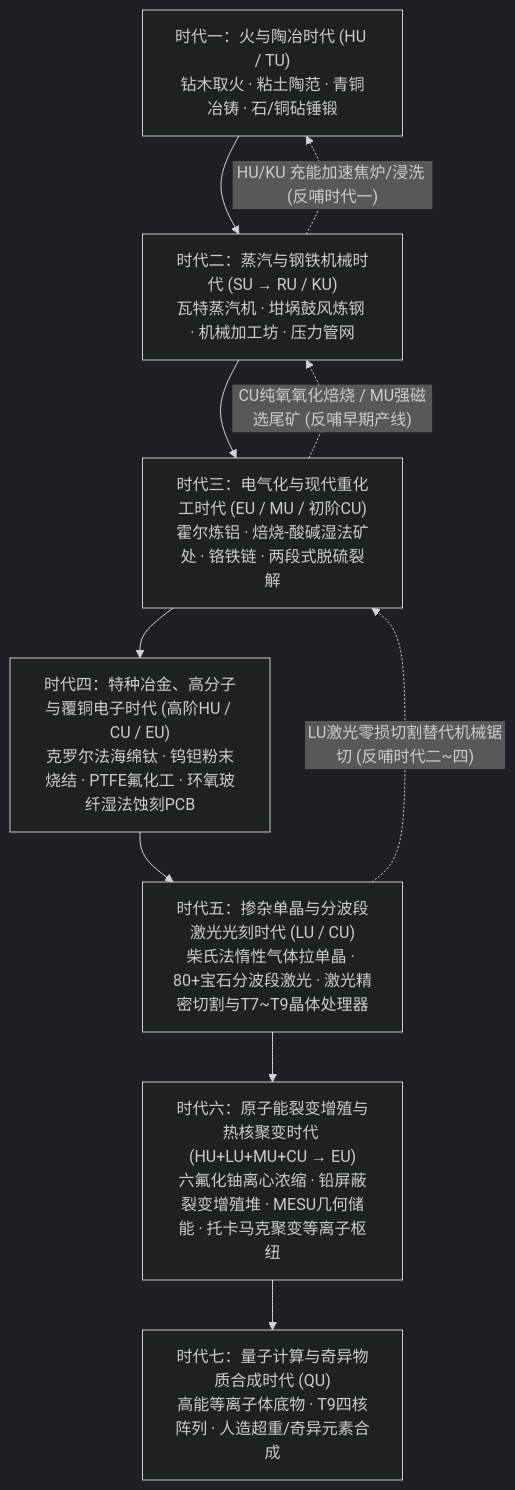
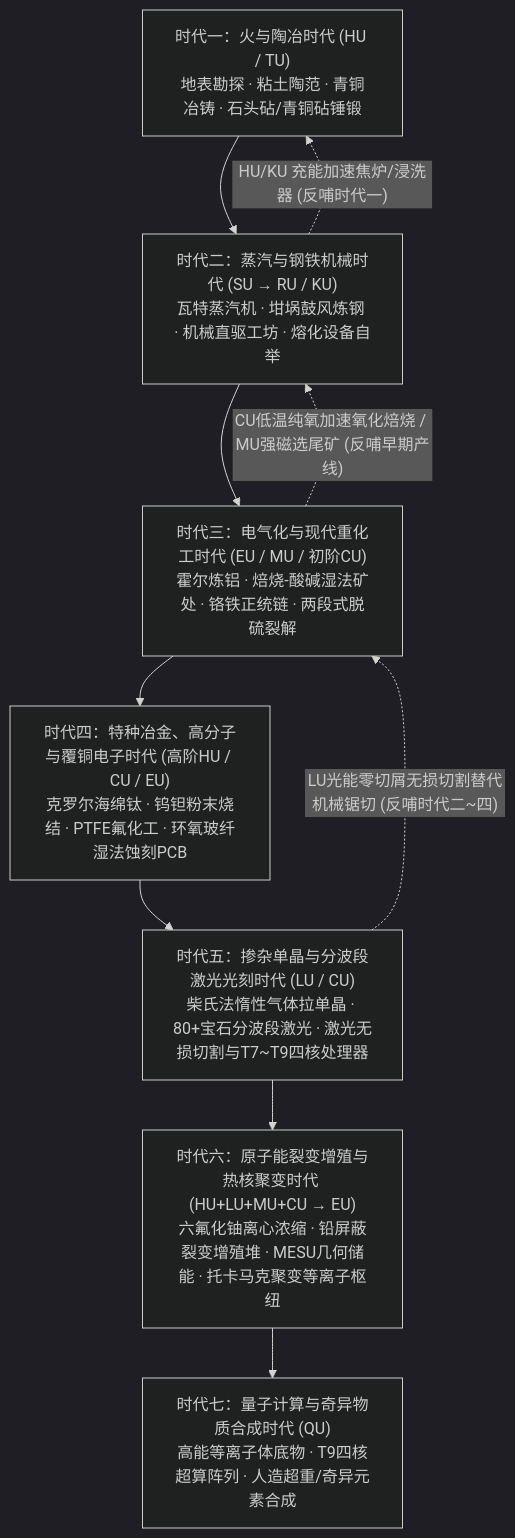
One commit to GregTech6CE/GregTech6 changed the diagram in docs/decisions/progression.md. Above: the diagram before and after it, drawn with Mermaid (dark theme). The commit also changed other lines of this file and 12 other files, not shown here.

First line of the commit message:
docs(roadmap): polish roadmap, progression, and READMEs with calibrated terminology

````diff
--- a/docs/decisions/progression.md
+++ b/docs/decisions/progression.md
@@ -25,15 +25,15 @@
 ```mermaid
 flowchart TD
-    E1["时代一：火与陶冶时代 (HU / TU)<br/>钻木取火 · 粘土陶范 · 青铜冶铸 · 石/铜砧锤锻"]
-    E2["时代二：蒸汽与钢铁机械时代 (SU → RU / KU)<br/>瓦特蒸汽机 · 坩埚鼓风炼钢 · 机械加工坊 · 压力管网"]
-    E3["时代三：电气化与现代重化工时代 (EU / MU / 初阶CU)<br/>霍尔炼铝 · 焙烧-酸碱湿法矿处 · 铬铁链 · 两段式脱硫裂解"]
-    E4["时代四：特种冶金、高分子与覆铜电子时代 (高阶HU / CU / EU)<br/>克罗尔法海绵钛 · 钨钽粉末烧结 · PTFE氟化工 · 环氧玻纤湿法蚀刻PCB"]
-    E5["时代五：掺杂单晶与分波段激光光刻时代 (LU / CU)<br/>柴氏法惰性气体拉单晶 · 80+宝石分波段激光 · 激光精密切割与T7~T9晶体处理器"]
+    E1["时代一：火与陶冶时代 (HU / TU)<br/>地表勘探 · 粘土陶范 · 青铜冶铸 · 石头砧/青铜砧锤锻"]
+    E2["时代二：蒸汽与钢铁机械时代 (SU → RU / KU)<br/>瓦特蒸汽机 · 坩埚鼓风炼钢 · 机械直驱工坊 · 熔化设备自举"]
+    E3["时代三：电气化与现代重化工时代 (EU / MU / 初阶CU)<br/>霍尔炼铝 · 焙烧-酸碱湿法矿处 · 铬铁正统链 · 两段式脱硫裂解"]
+    E4["时代四：特种冶金、高分子与覆铜电子时代 (高阶HU / CU / EU)<br/>克罗尔海绵钛 · 钨钽粉末烧结 · PTFE氟化工 · 环氧玻纤湿法蚀刻PCB"]
+    E5["时代五：掺杂单晶与分波段激光光刻时代 (LU / CU)<br/>柴氏法惰性气体拉单晶 · 80+宝石分波段激光 · 激光无损切割与T7~T9四核处理器"]
     E6["时代六：原子能裂变增殖与热核聚变时代 (HU+LU+MU+CU → EU)<br/>六氟化铀离心浓缩 · 铅屏蔽裂变增殖堆 · MESU几何储能 · 托卡马克聚变等离子枢纽"]
-    E7["时代七：量子计算与奇异物质合成时代 (QU)<br/>高能等离子体底物 · T9四核阵列 · 人造超重/奇异元素合成"]
+    E7["时代七：量子计算与奇异物质合成时代 (QU)<br/>高能等离子体底物 · T9四核超算阵列 · 人造超重/奇异元素合成"]
 
     E1 --> E2 --> E3 --> E4 --> E5 --> E6 --> E7
-    E2 -. "HU/KU 充能加速焦炉/浸洗 (反哺时代一)" .-> E1
-    E3 -. "CU纯氧氧化焙烧 / MU强磁选尾矿 (反哺早期产线)" .-> E2
-    E5 -. "LU激光零损切割替代机械锯切 (反哺时代二~四)" .-> E3
+    E2 -. "HU/KU 充能加速焦炉/浸洗器 (反哺时代一)" .-> E1
+    E3 -. "CU低温纯氧加速氧化焙烧 / MU强磁选尾矿 (反哺早期产线)" .-> E2
+    E5 -. "LU光能零切屑无损切割替代机械锯切 (反哺时代二~四)" .-> E3
 ```
````
